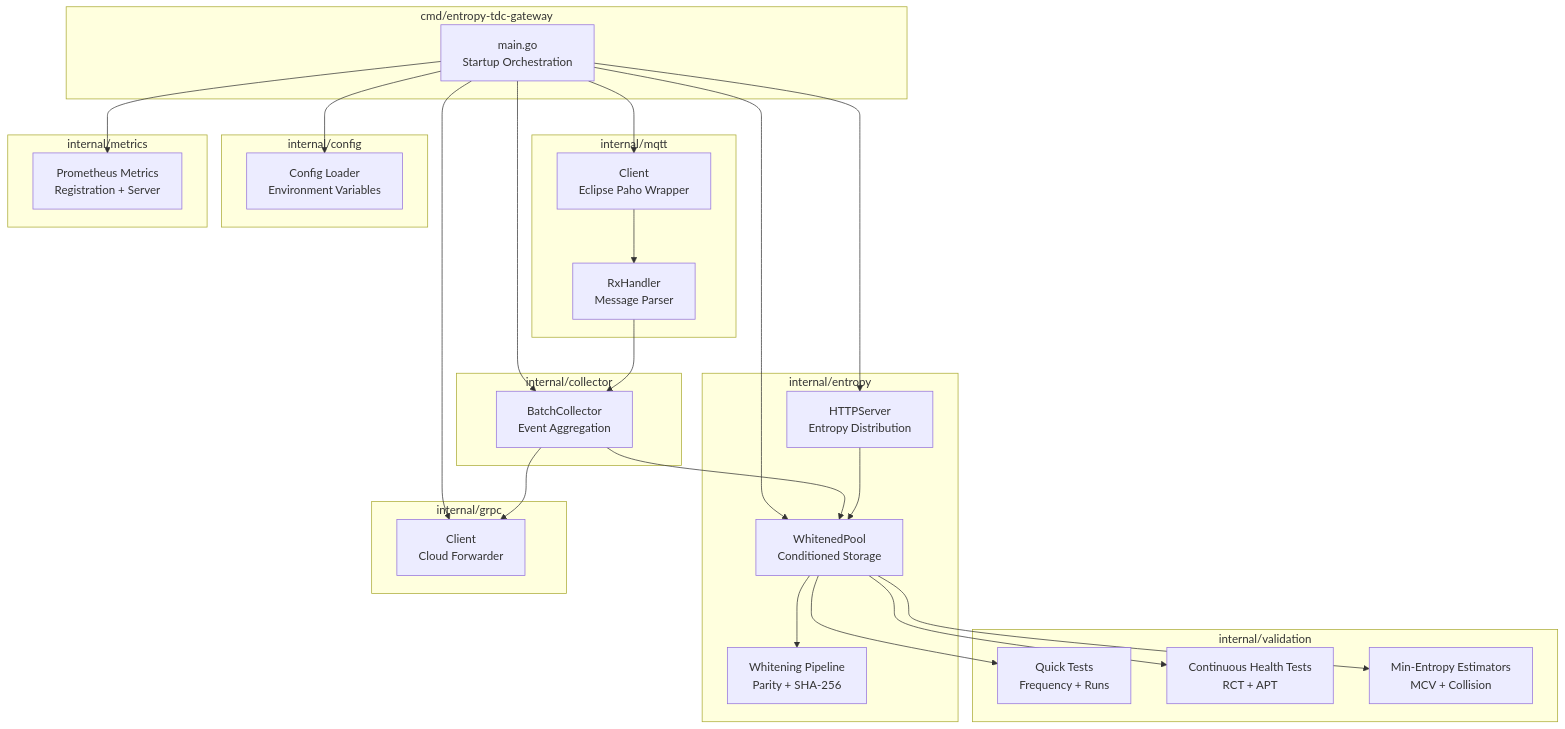
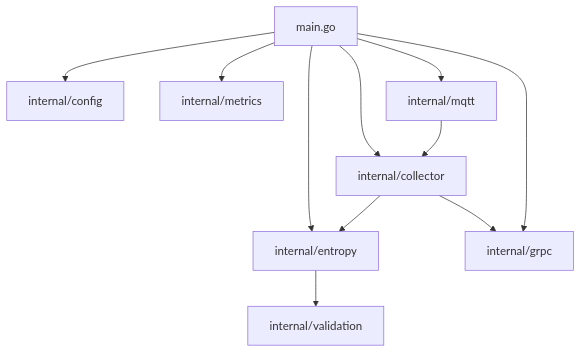
The first of 3 diagrams in docs/architecture.md (AmmannChristian/entropy-tdc-gateway), drawn with Mermaid before and after one commit. The commit also changed other lines of this file and 14 other files, not shown here.

Commit message:
Remove unnecessary comment separators in test files and improve comment clarity across codebase. Updated batch size constants and validation thresholds for consistency.

````diff
--- a/docs/architecture.md
+++ b/docs/architecture.md
@@ -65,57 +48,24 @@
 ```mermaid
-graph TB
-    subgraph "cmd/entropy-tdc-gateway"
-        MAIN[main.go<br/>Startup Orchestration]
-    end
+graph TD
+    MAIN[main.go]
 
-    subgraph "internal/mqtt"
-        MQTT_CLIENT[Client<br/>Eclipse Paho Wrapper]
-        RX_HANDLER[RxHandler<br/>Message Parser]
-    end
+    CFG[internal/config]
+    MTR[internal/metrics]
+    MQTT[internal/mqtt]
+    COL[internal/collector]
+    ENT[internal/entropy]
+    GRPC[internal/grpc]
+    VAL[internal/validation]
 
-    subgraph "internal/collector"
-        BATCH_COLLECTOR[BatchCollector<br/>Event Aggregation]
-    end
+    MAIN --> CFG
+    MAIN --> MTR
+    MAIN --> ENT
+    MAIN --> COL
+    MAIN --> MQTT
+    MAIN --> GRPC
 
-    subgraph "internal/entropy"
-        WHITENED_POOL[WhitenedPool<br/>Conditioned Storage]
-        WHITENING[Whitening Pipeline<br/>Parity + SHA-256]
-        HTTP_SERVER[HTTPServer<br/>Entropy Distribution]
-    end
-
-    subgraph "internal/validation"
-        QUICK_TESTS[Quick Tests<br/>Frequency + Runs]
-        HEALTH_TESTS[Continuous Health Tests<br/>RCT + APT]
-        MIN_ENTROPY[Min-Entropy Estimators<br/>MCV + Collision]
-    end
-
-    subgraph "internal/grpc"
-        GRPC_CLIENT[Client<br/>Cloud Forwarder]
-    end
-
-    subgraph "internal/config"
-        CONFIG[Config Loader<br/>Environment Variables]
-    end
-
-    subgraph "internal/metrics"
-        PROM_METRICS[Prometheus Metrics<br/>Registration + Server]
-    end
-
-    MAIN --> CONFIG
-    MAIN --> PROM_METRICS
-    MAIN --> WHITENED_POOL
-    MAIN --> HTTP_SERVER
-    MAIN --> GRPC_CLIENT
-    MAIN --> BATCH_COLLECTOR
-    MAIN --> MQTT_CLIENT
-
-    MQTT_CLIENT --> RX_HANDLER
-    RX_HANDLER --> BATCH_COLLECTOR
-    BATCH_COLLECTOR --> WHITENED_POOL
-    BATCH_COLLECTOR --> GRPC_CLIENT
-    WHITENED_POOL --> WHITENING
-    WHITENED_POOL --> HEALTH_TESTS
-    WHITENED_POOL --> QUICK_TESTS
-    WHITENED_POOL --> MIN_ENTROPY
-    HTTP_SERVER --> WHITENED_POOL
+    MQTT --> COL
+    COL --> ENT
+    COL --> GRPC
+    ENT --> VAL
 ```
````
